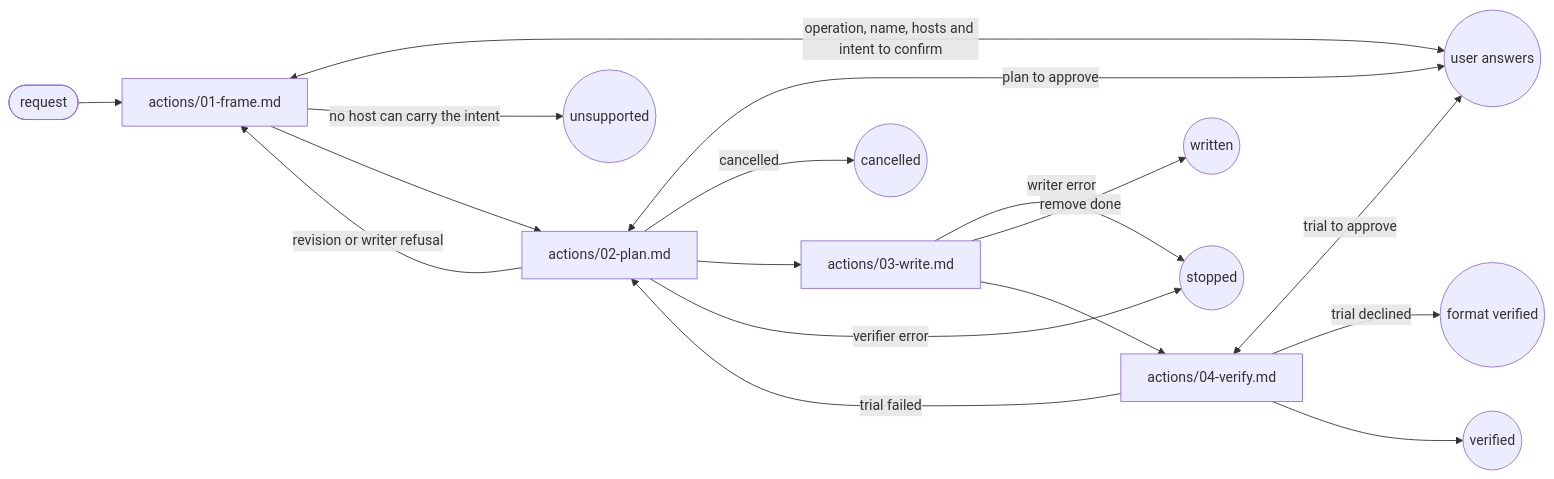
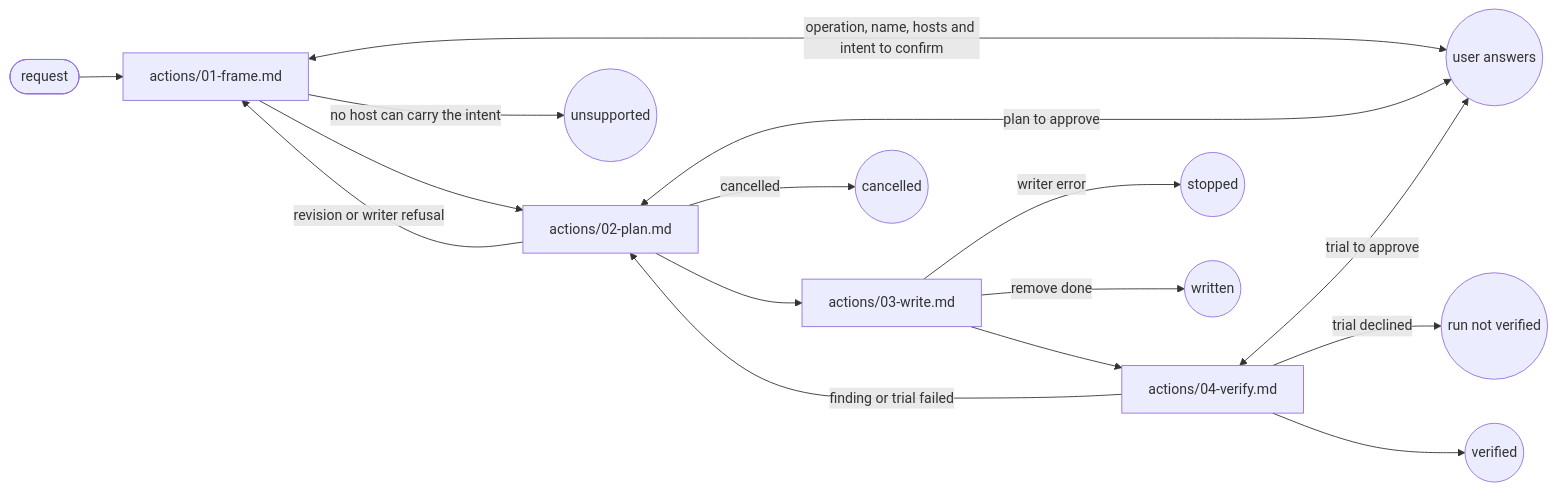
The diagram in plugins/aidd-context/skills/08-hook-generate/SKILL.md (ai-driven-dev/framework), drawn with Mermaid before and after one commit. The commit also changed 46 other files, not shown here.

````diff
--- a/plugins/aidd-context/skills/08-hook-generate/SKILL.md
+++ b/plugins/aidd-context/skills/08-hook-generate/SKILL.md
@@ -9,19 +9,18 @@
 ```mermaid
 flowchart LR
   entry([request]) --> frame["actions/01-frame.md"]
   frame <-->|"operation, name, hosts and intent to confirm"| user((user answers))
   frame -->|"no host can carry the intent"| unsupported((unsupported))
   frame --> plan["actions/02-plan.md"]
   plan <-->|"plan to approve"| user
   plan -->|"revision or writer refusal"| frame
   plan -->|"cancelled"| cancelled((cancelled))
   plan --> write["actions/03-write.md"]
   write -->|"writer error"| stopped((stopped))
   write -->|"remove done"| done((written))
-  plan -->|"verifier error"| stopped
   write --> verify["actions/04-verify.md"]
-  verify -->|"trial failed"| plan
+  verify -->|"finding or trial failed"| plan
   verify <-->|"trial to approve"| user
-  verify -->|"trial declined"| unverified((format verified))
+  verify -->|"trial declined"| unverified((run not verified))
   verify --> verified((verified))
 ```
````
